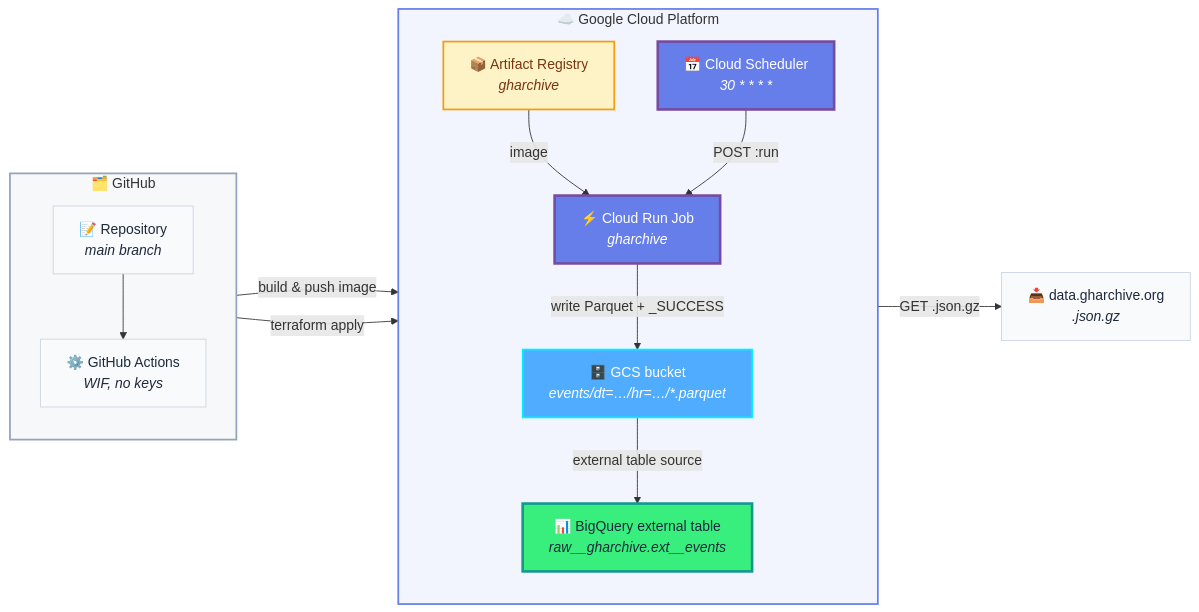
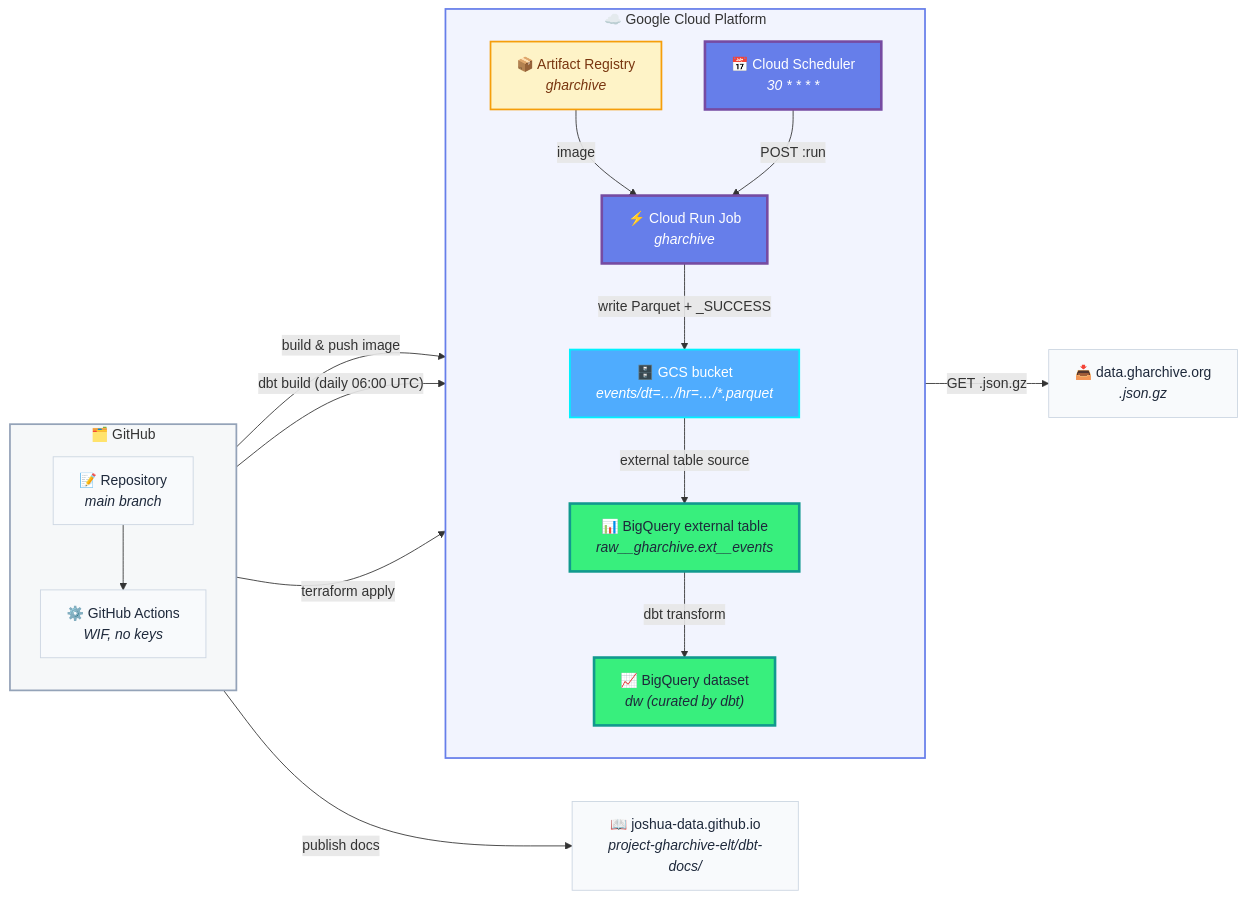
The diagram in README.md (joshua-data/project-gharchive-elt), drawn with Mermaid before and after one commit. The commit also changed other lines of this file and 3 other files, not shown here.

````diff
--- a/README.md
+++ b/README.md
@@ -13,43 +15,48 @@
 ```mermaid
 flowchart LR
     subgraph GH["🗂️ GitHub"]
         direction TB
         REPO["📝 Repository<br/><i>main branch</i>"]
         GHA["⚙️ GitHub Actions<br/><i>WIF, no keys</i>"]
     end
 
     subgraph GCP["☁️ Google Cloud Platform"]
         direction TB
         AR["📦 Artifact Registry<br/><i>gharchive</i>"]
         SCH["📅 Cloud Scheduler<br/><i>30 * * * *</i>"]
         JOB["⚡ Cloud Run Job<br/><i>gharchive</i>"]
         GCS["🗄️ GCS bucket<br/><i>events/dt=…/hr=…/*.parquet</i>"]
         BQ["📊 BigQuery external table<br/><i>raw__gharchive.ext__events</i>"]
+        DW["📈 BigQuery dataset<br/><i>dw (curated by dbt)</i>"]
     end
 
     EXT["📥 data.gharchive.org<br/><i>.json.gz</i>"]
+    DOCS["📖 joshua-data.github.io<br/><i>project-gharchive-elt/dbt-docs/</i>"]
 
     REPO --> GHA
     GHA -->|"build &amp; push image"| AR
     GHA -->|"terraform apply"| GCP
+    GHA -->|"dbt build (daily 06:00 UTC)"| BQ
+    GHA -->|"publish docs"| DOCS
     AR -->|"image"| JOB
     SCH -->|"POST :run"| JOB
     JOB -->|"GET .json.gz"| EXT
     JOB -->|"write Parquet + _SUCCESS"| GCS
     GCS -->|"external table source"| BQ
+    BQ -->|"dbt transform"| DW
 
     classDef primary   fill:#667eea,stroke:#764ba2,color:#fff,stroke-width:3px
     classDef secondary fill:#4facfe,stroke:#00f2fe,color:#fff,stroke-width:2px
     classDef success   fill:#38ef7d,stroke:#11998e,color:#1e293b,stroke-width:3px
     classDef warning   fill:#fef3c7,stroke:#f59e0b,color:#78350f,stroke-width:2px
     classDef neutral   fill:#f8fafc,stroke:#cbd5e1,color:#1e293b,stroke-width:1px
 
     class JOB,SCH primary
     class GCS secondary
-    class BQ success
+    class BQ,DW success
     class AR warning
-    class REPO,GHA,EXT neutral
+    class REPO,GHA,EXT,DOCS neutral
 
     style GH fill:#94a3b815,stroke:#94a3b8,stroke-width:2px
     style GCP fill:#667eea15,stroke:#667eea,stroke-width:2px
 ```
````
